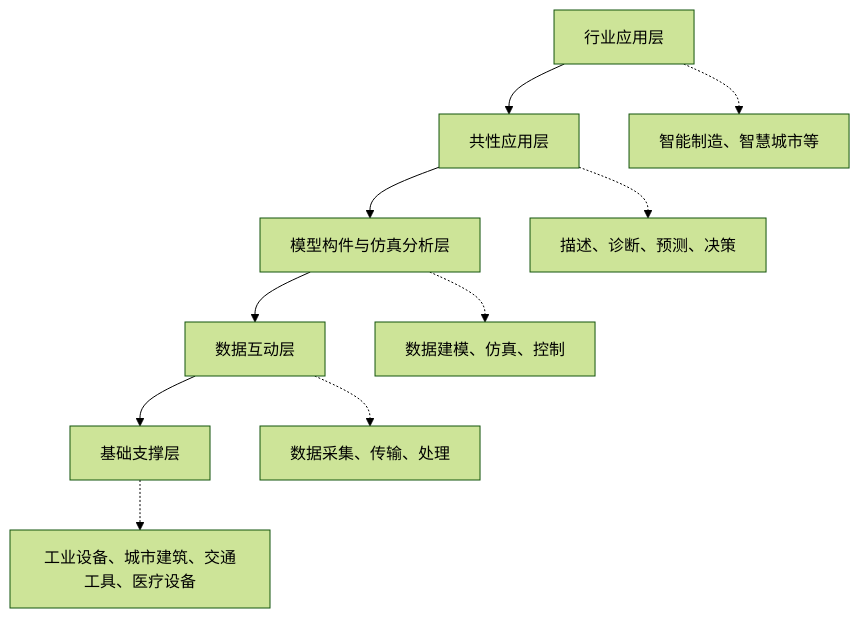
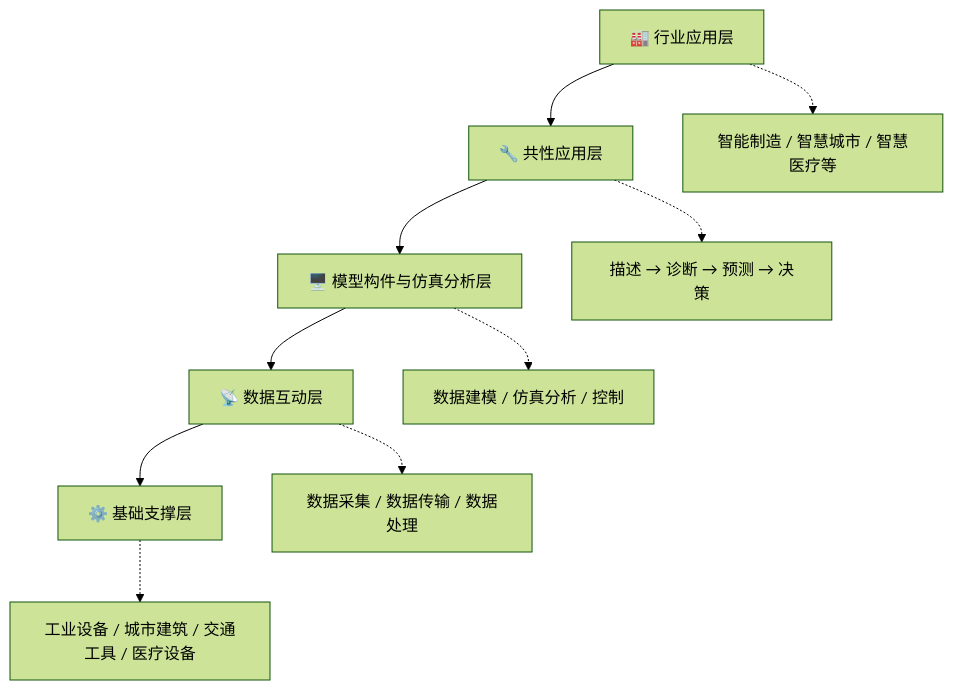
One commit to yiiewang/yiiewang.github.io changed the eighth of 10 diagrams in docs/ruankao/medium future/index.md. Above: the diagram before and after it, drawn with Mermaid (forest theme). The commit also changed other lines of this file and 1 other file, not shown here.

````diff
--- a/docs/ruankao/medium future/index.md
+++ b/docs/ruankao/medium future/index.md
@@ -309,13 +325,13 @@
 ```mermaid
 graph TB
-    A[行业应用层] --> B[共性应用层]
-    B --> C[模型构件与仿真分析层]
-    C --> D[数据互动层]
-    D --> E[基础支撑层]
-    
-    A -.-> A1[智能制造、智慧城市等]
-    B -.-> B1[描述、诊断、预测、决策]
-    C -.-> C1[数据建模、仿真、控制]
-    D -.-> D1[数据采集、传输、处理]
-    E -.-> E1[工业设备、城市建筑、交通工具、医疗设备]
+    A[🏭 行业应用层] --> B[🔧 共性应用层]
+    B --> C[🖥️ 模型构件与仿真分析层]
+    C --> D[📡 数据互动层]
+    D --> E[⚙️ 基础支撑层]
+
+    A -.-> A1["智能制造 / 智慧城市 / 智慧医疗等"]
+    B -.-> B1["描述 → 诊断 → 预测 → 决策"]
+    C -.-> C1["数据建模 / 仿真分析 / 控制"]
+    D -.-> D1["数据采集 / 数据传输 / 数据处理"]
+    E -.-> E1["工业设备 / 城市建筑 / 交通工具 / 医疗设备"]
 ```
````
